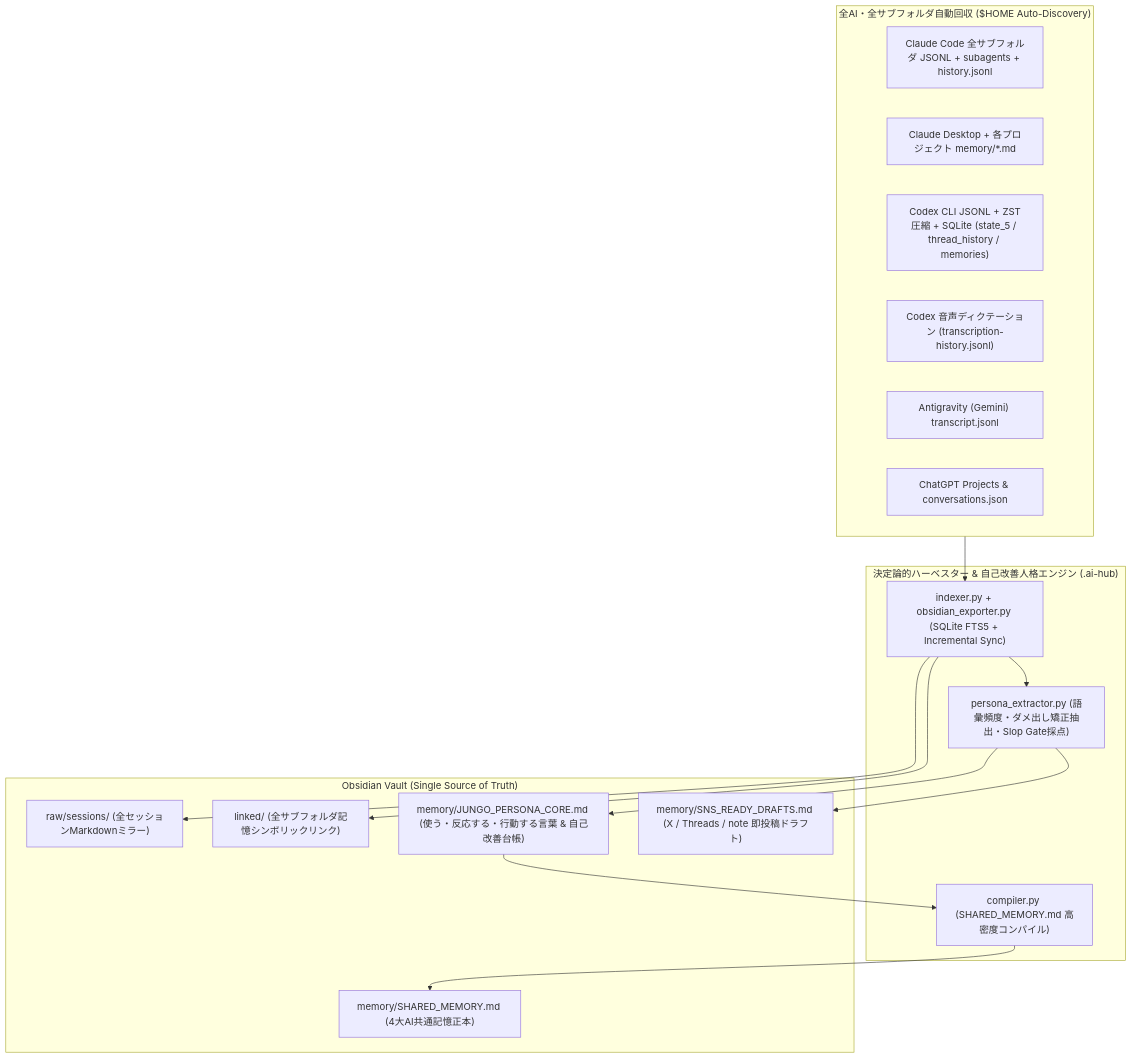
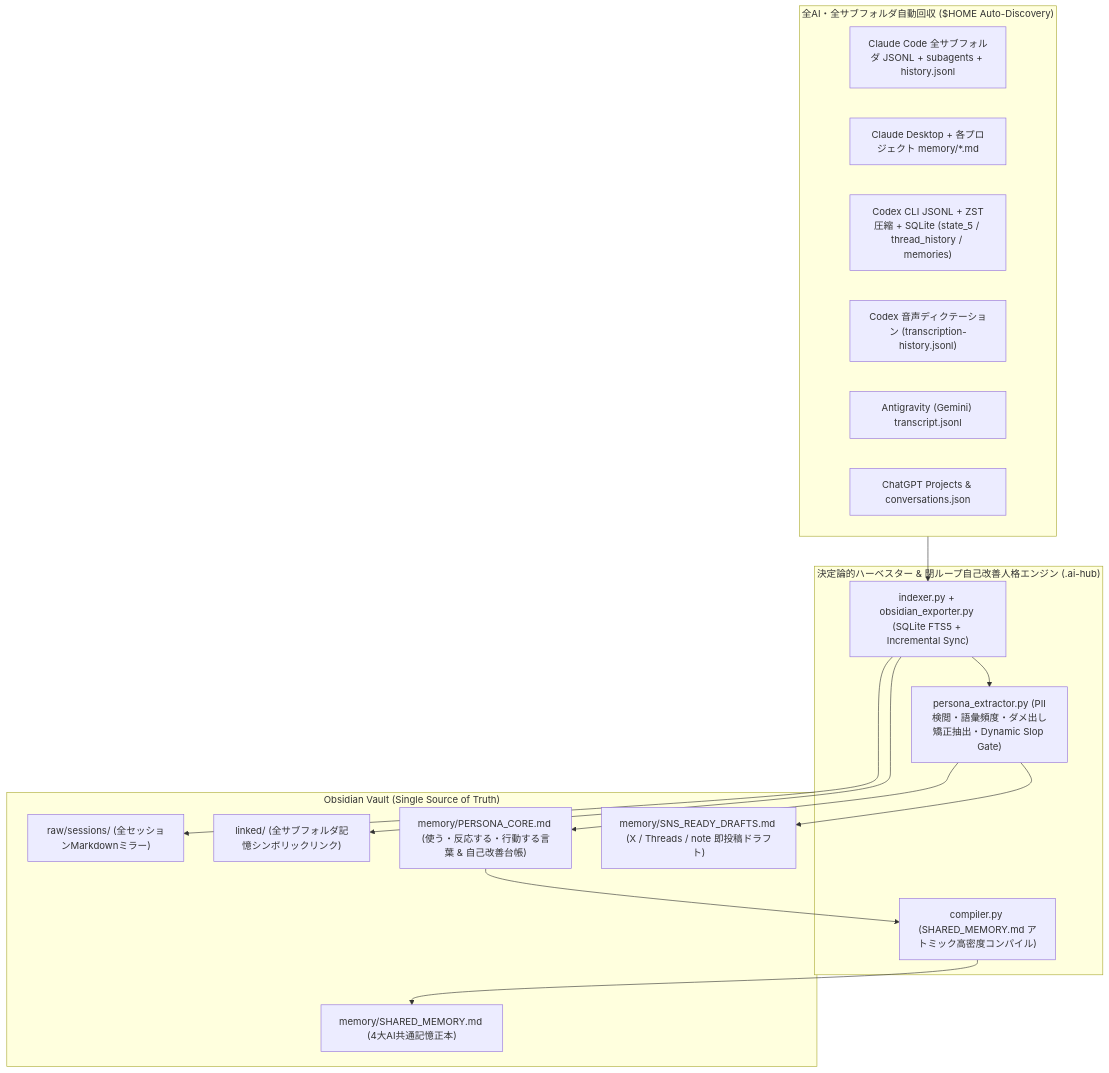
The diagram in skills/cross-ai-memory-hub/SKILL.md (kodawarimax/cross-ai-memory-hub), drawn with Mermaid before and after one commit. The commit also changed other lines of this file and 18 other files, not shown here.

````diff
--- a/skills/cross-ai-memory-hub/SKILL.md
+++ b/skills/cross-ai-memory-hub/SKILL.md
@@ -54,34 +54,34 @@
 ```mermaid
 flowchart TD
     subgraph Sources["全AI・全サブフォルダ自動回収 ($HOME Auto-Discovery)"]
         C1["Claude Code 全サブフォルダ JSONL + subagents + history.jsonl"]
         C2["Claude Desktop + 各プロジェクト memory/*.md"]
         X1["Codex CLI JSONL + ZST圧縮 + SQLite (state_5 / thread_history / memories)"]
         X2["Codex 音声ディクテーション (transcription-history.jsonl)"]
         G1["Antigravity (Gemini) transcript.jsonl"]
         P1["ChatGPT Projects & conversations.json"]
     end
 
-    subgraph Engine["決定論的ハーベスター & 自己改善人格エンジン (.ai-hub)"]
+    subgraph Engine["決定論的ハーベスター & 閉ループ自己改善人格エンジン (.ai-hub)"]
         IDX["indexer.py + obsidian_exporter.py (SQLite FTS5 + Incremental Sync)"]
-        PER["persona_extractor.py (語彙頻度・ダメ出し矯正抽出・Slop Gate採点)"]
-        CMP["compiler.py (SHARED_MEMORY.md 高密度コンパイル)"]
+        PER["persona_extractor.py (PII検閲・語彙頻度・ダメ出し矯正抽出・Dynamic Slop Gate)"]
+        CMP["compiler.py (SHARED_MEMORY.md アトミック高密度コンパイル)"]
     end
 
     subgraph Vault["Obsidian Vault (Single Source of Truth)"]
         RAW["raw/sessions/ (全セッションMarkdownミラー)"]
         LNK["linked/ (全サブフォルダ記憶シンボリックリンク)"]
         MEM["memory/SHARED_MEMORY.md (4大AI共通記憶正本)"]
-        PCORE["memory/JUNGO_PERSONA_CORE.md (使う・反応する・行動する言葉 & 自己改善台帳)"]
+        PCORE["memory/PERSONA_CORE.md (使う・反応する・行動する言葉 & 自己改善台帳)"]
         SNS["memory/SNS_READY_DRAFTS.md (X / Threads / note 即投稿ドラフト)"]
     end
 
     Sources --> IDX
     IDX --> RAW
     IDX --> LNK
     IDX --> PER
     PER --> PCORE
     PER --> SNS
     PCORE --> CMP
     CMP --> MEM
 ```
````
